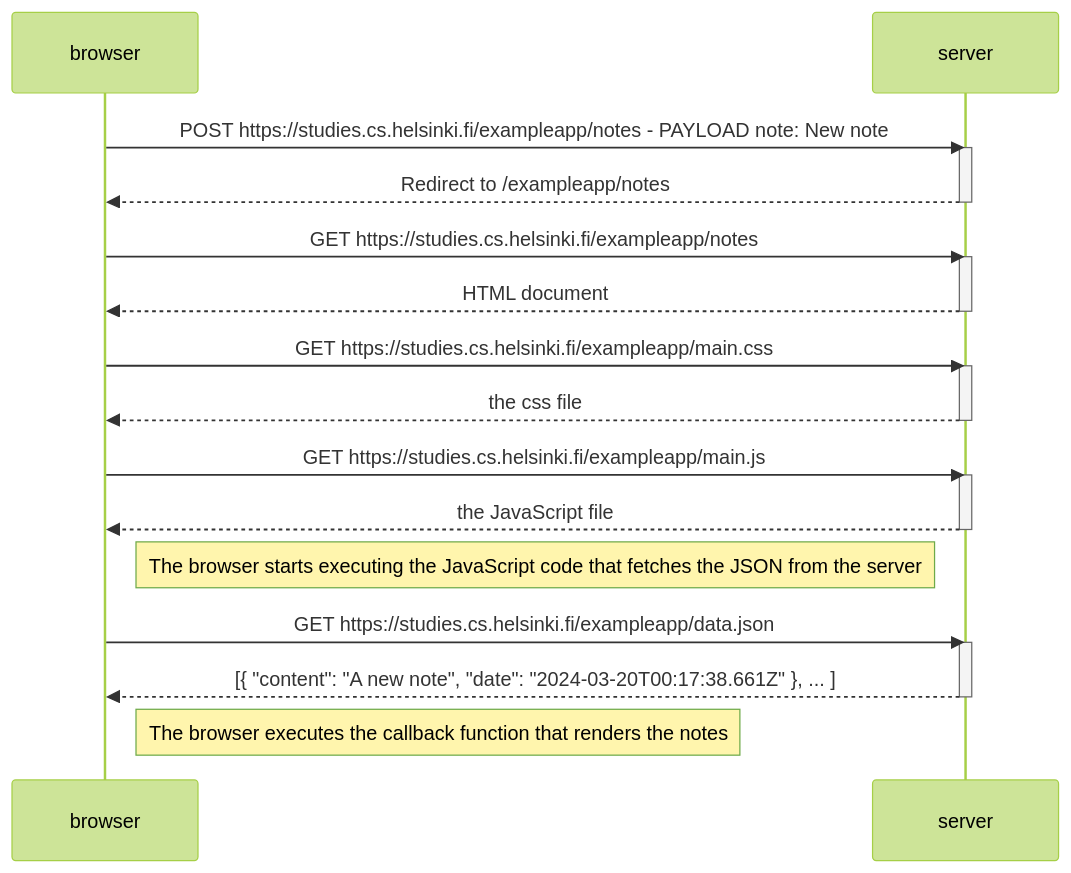
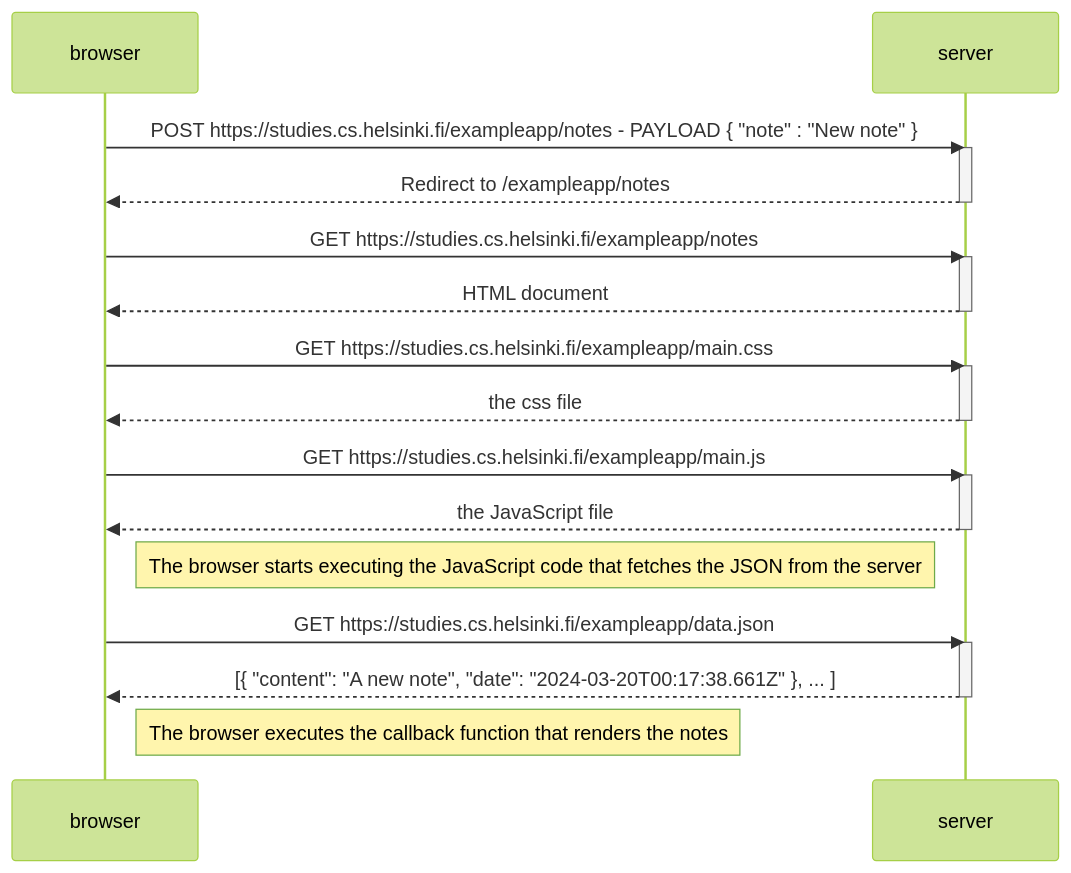
The diagram in part0/ex-4-new-note-diagram.mmd (matiasdsanchezr/Full-Stack-Open-2024), drawn with Mermaid (forest theme) before and after one commit. The commit also changed 24 other files, not shown here.

```diff
--- a/part0/ex-4-new-note-diagram.mmd
+++ b/part0/ex-4-new-note-diagram.mmd
@@ -1,32 +1,32 @@
 sequenceDiagram
 participant browser
 participant server
 
-    browser->>server: POST https://studies.cs.helsinki.fi/exampleapp/notes - PAYLOAD note: New note
+    browser->>server: POST https://studies.cs.helsinki.fi/exampleapp/notes - PAYLOAD { "note" : "New note" }
     activate server
     server-->>browser: Redirect to /exampleapp/notes
     deactivate server
 
     browser->>server: GET https://studies.cs.helsinki.fi/exampleapp/notes
     activate server
     server-->>browser: HTML document
     deactivate server
 
     browser->>server: GET https://studies.cs.helsinki.fi/exampleapp/main.css
     activate server
     server-->>browser: the css file
     deactivate server
 
     browser->>server: GET https://studies.cs.helsinki.fi/exampleapp/main.js
     activate server
     server-->>browser: the JavaScript file
     deactivate server
 
     Note right of browser: The browser starts executing the JavaScript code that fetches the JSON from the server
 
     browser->>server: GET https://studies.cs.helsinki.fi/exampleapp/data.json
     activate server
     server-->>browser: [{ "content": "A new note", "date": "2024-03-20T00:17:38.661Z" }, ... ]
     deactivate server
 
     Note right of browser: The browser executes the callback function that renders the notes
```
